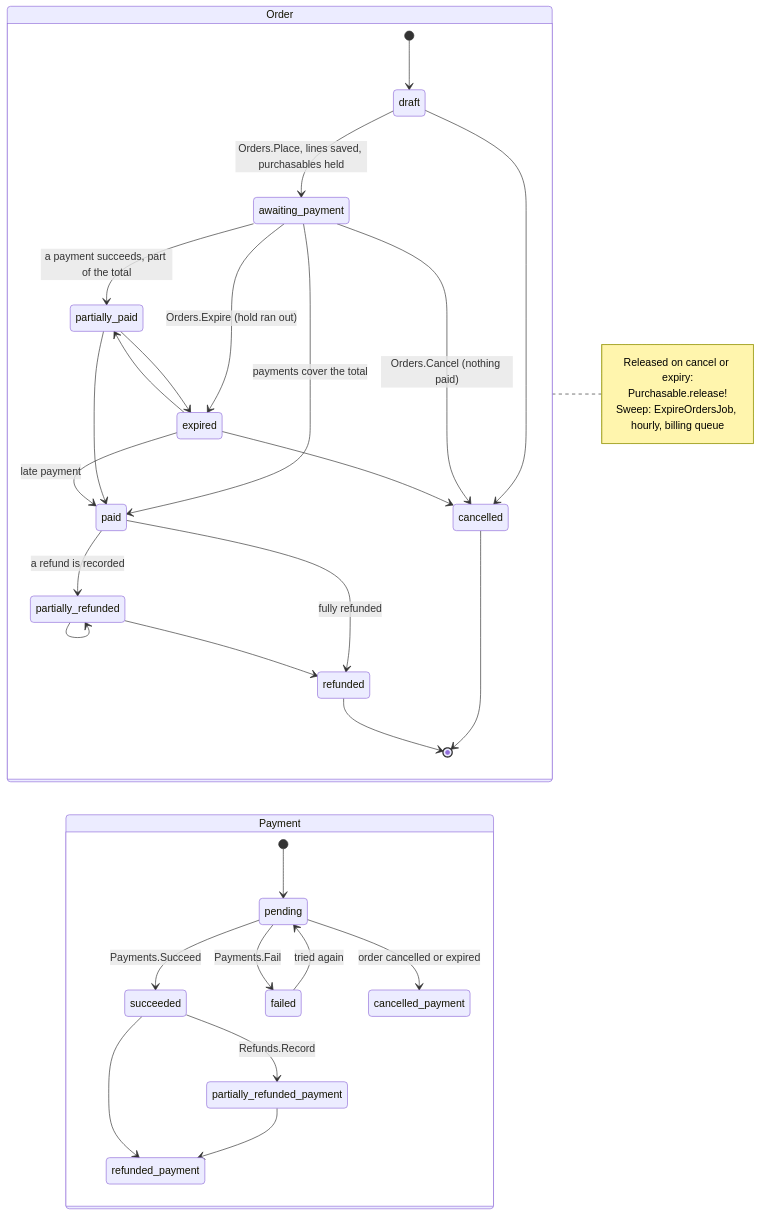
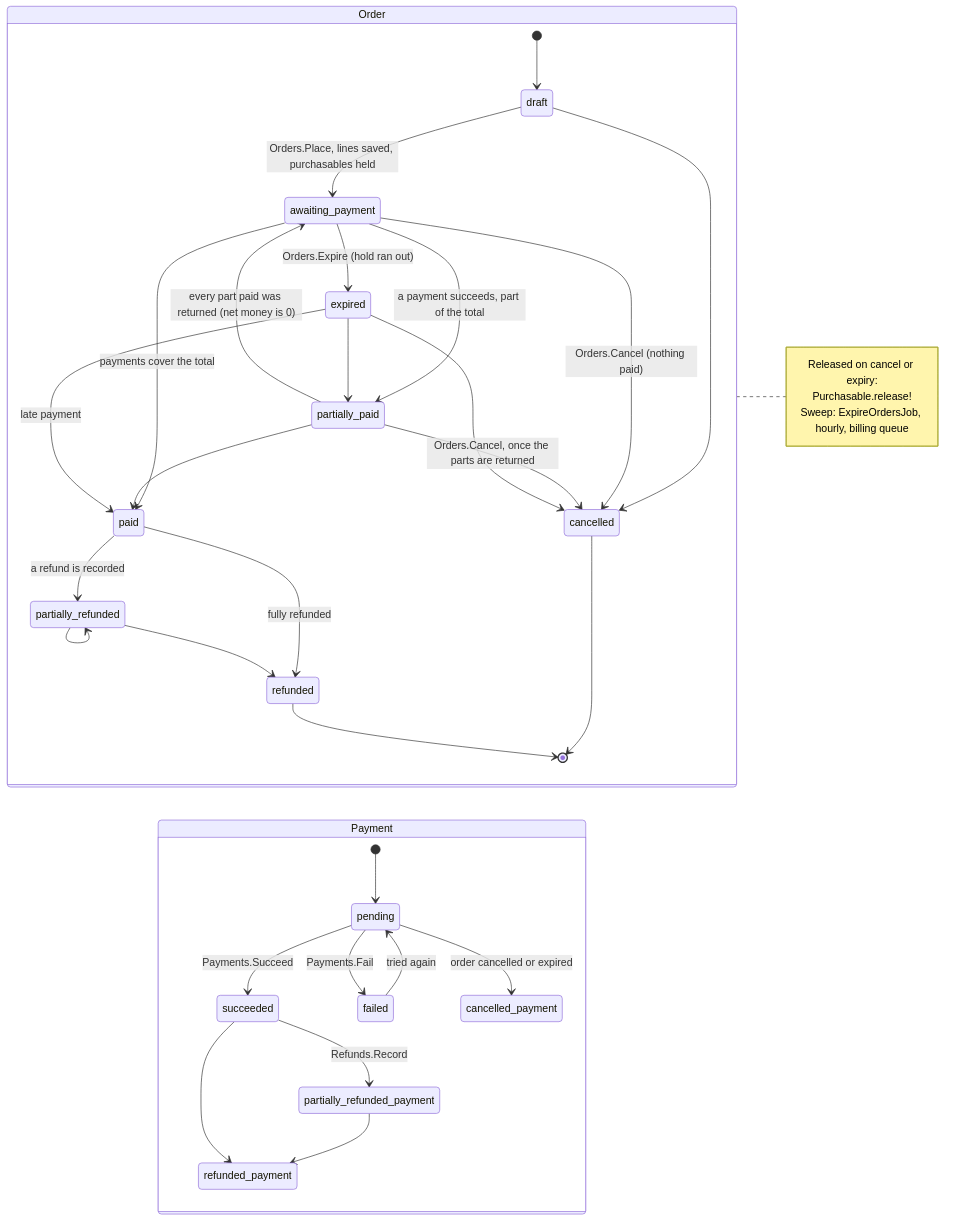
The diagram in docs/diagrams/source/billing_order_lifecycle_flow.mmd (better-together-org/community-engine-rails), drawn with Mermaid before and after one commit. The commit also changed 22 other files, not shown here.

Commit message:
Partial payments: specs, DOM contracts, docs and diagrams, checkout parts, policy and throttle

```diff
--- a/docs/diagrams/source/billing_order_lifecycle_flow.mmd
+++ b/docs/diagrams/source/billing_order_lifecycle_flow.mmd
@@ -1,40 +1,42 @@
 %% Billing — how an order and its payments move. An order's status is derived from its payments
 %% by Orders::Settle and can only follow these paths. A late payment can still pay an expired
 %% order (a cheque that arrives after the hold ran out).
 stateDiagram-v2
   direction LR
   state "Order" as order {
     [*] --> draft
     draft --> awaiting_payment : Orders.Place, lines saved, purchasables held
     draft --> cancelled
     awaiting_payment --> partially_paid : a payment succeeds, part of the total
     awaiting_payment --> paid : payments cover the total
     awaiting_payment --> cancelled : Orders.Cancel (nothing paid)
     awaiting_payment --> expired : Orders.Expire (hold ran out)
     partially_paid --> paid
-    partially_paid --> expired
+    partially_paid --> awaiting_payment : every part paid was returned (net money is 0)
+    partially_paid --> cancelled : Orders.Cancel, once the parts are returned
+    %% a part-paid order never expires: Orders.Expire ends the unpaid parts and keeps it open
     expired --> paid : late payment
     expired --> partially_paid
     expired --> cancelled
     paid --> partially_refunded : a refund is recorded
     paid --> refunded : fully refunded
     partially_refunded --> partially_refunded
     partially_refunded --> refunded
     cancelled --> [*]
     refunded --> [*]
   }
   state "Payment" as payment {
     [*] --> pending
     pending --> succeeded : Payments.Succeed
     pending --> failed : Payments.Fail
     pending --> cancelled_payment : order cancelled or expired
     failed --> pending : tried again
     succeeded --> partially_refunded_payment : Refunds.Record
     succeeded --> refunded_payment
     partially_refunded_payment --> refunded_payment
   }
   note right of order
     Released on cancel or expiry:
     Purchasable.release!
     Sweep: ExpireOrdersJob, hourly, billing queue
   end note
```
